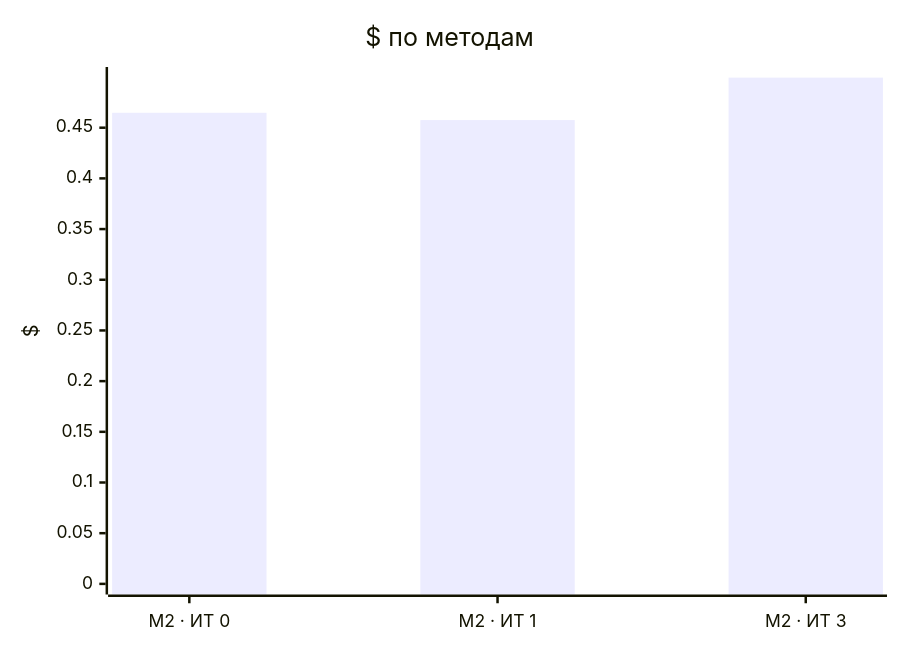
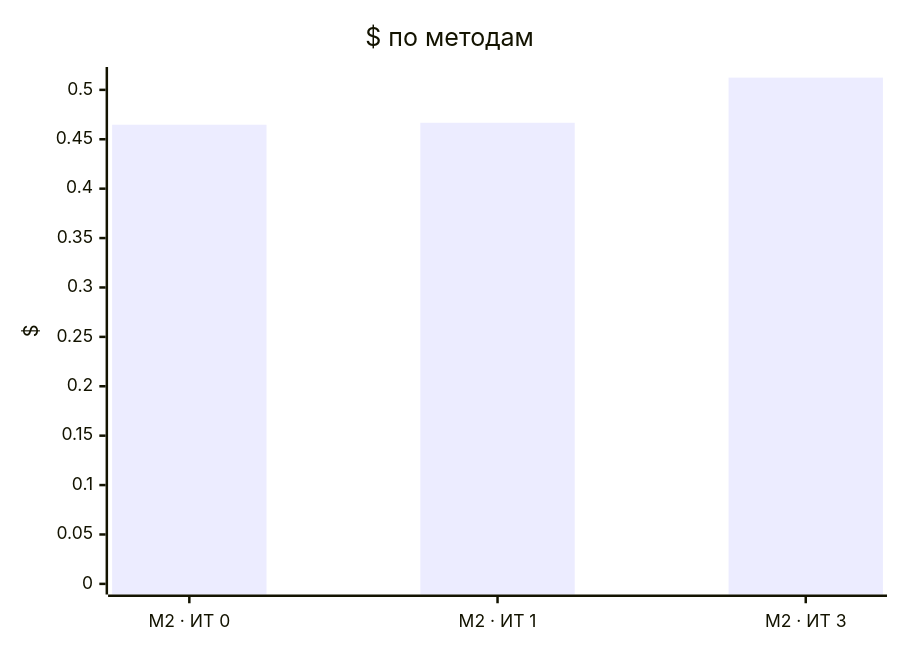
The second of 2 diagrams in evals/reports/results-2026-11-17-cheap-t317-before2.md (Axx-Axvd/reqgraph), drawn with Mermaid before and after one commit. The commit also changed other lines of this file and 5 other files, not shown here.

````diff
--- a/evals/reports/results-2026-11-17-cheap-t317-before2.md
+++ b/evals/reports/results-2026-11-17-cheap-t317-before2.md
@@ -53,7 +53,7 @@
 ```mermaid
 xychart-beta
     title "$ по методам"
     x-axis ["M2 · ИТ 0", "M2 · ИТ 1", "M2 · ИТ 3"]
-    y-axis "$" 0 --> 0.499398
-    bar [0.4647, 0.4575, 0.4994]
+    y-axis "$" 0 --> 0.512384
+    bar [0.4647, 0.4667, 0.5124]
 ```
````
